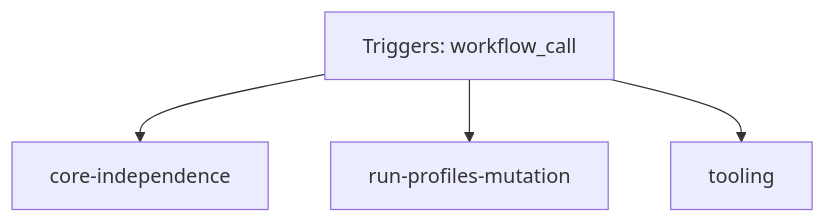
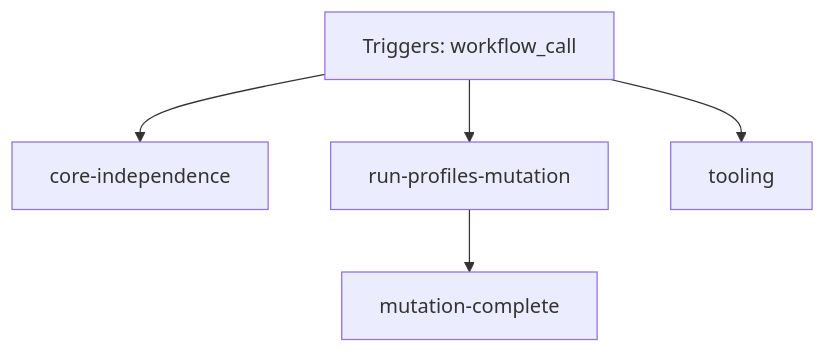
The diagram in docs/ci/github/script-tooling-ci.md (FrenchExDev2/QuietCli.PoSh), drawn with Mermaid before and after one commit. The commit also changed other lines of this file and 14 other files, not shown here.

```diff
--- a/docs/ci/github/script-tooling-ci.md
+++ b/docs/ci/github/script-tooling-ci.md
@@ -32,10 +34,12 @@
 ~~~mermaid
 flowchart TD
     event["Triggers: workflow_call"]
     job_core_independence["core-independence"]
+    job_mutation_complete["mutation-complete"]
     job_run_profiles_mutation["run-profiles-mutation"]
     job_tooling["tooling"]
     event --> job_core_independence
+    job_run_profiles_mutation --> job_mutation_complete
     event --> job_run_profiles_mutation
     event --> job_tooling
 ~~~
```
